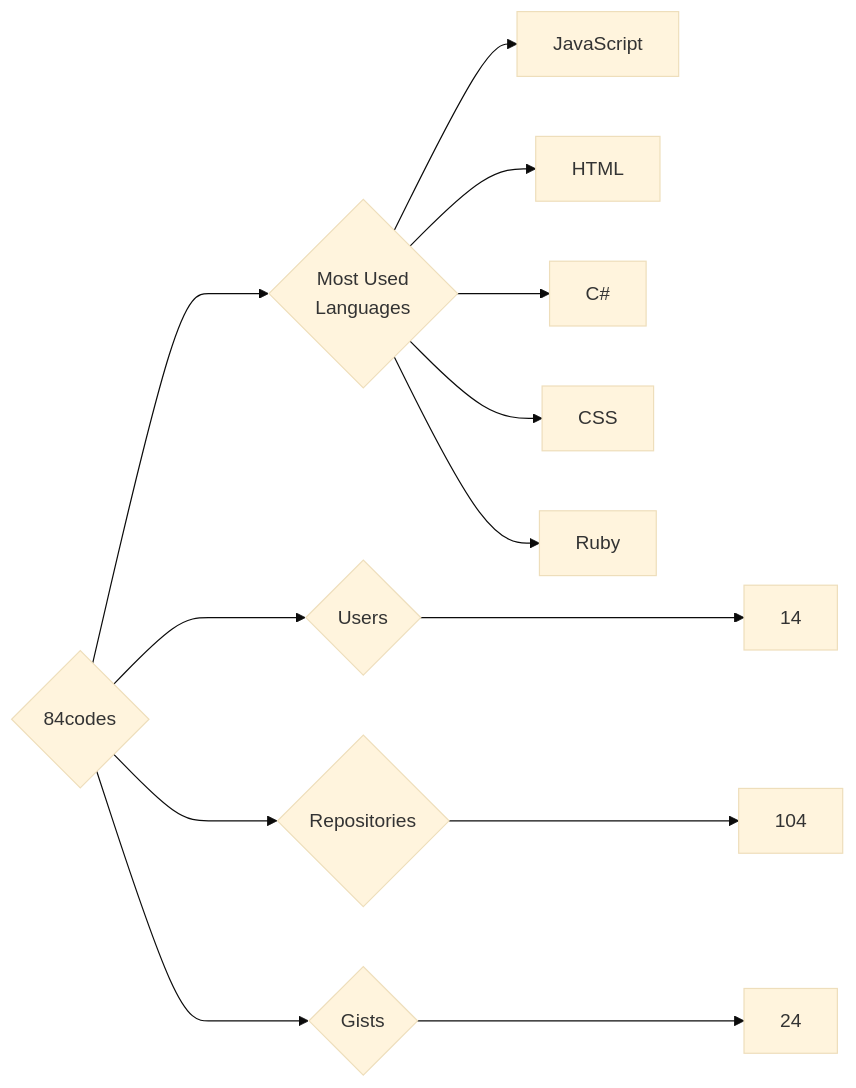
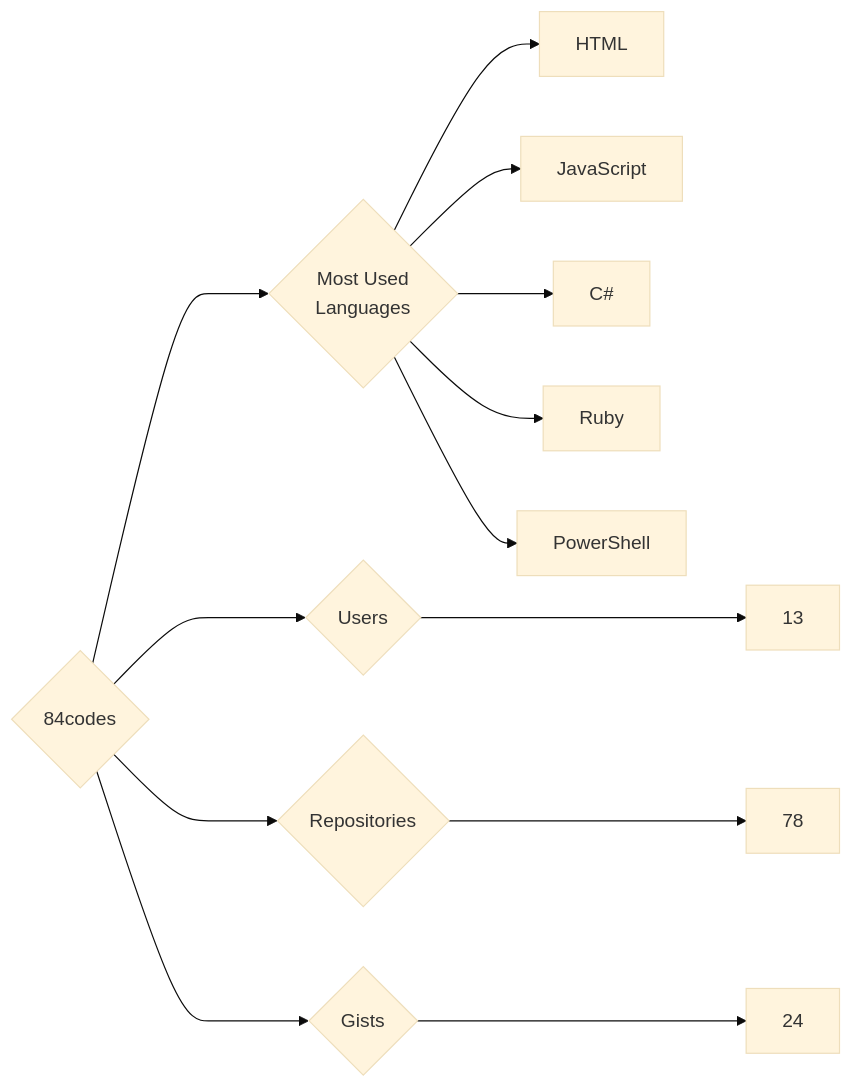
One commit to trickest/insiders changed the diagram in targets/84codes/README.md. Above: the diagram before and after it, drawn with Mermaid (base theme). The commit also changed 912 other files, not shown here.

````diff
--- a/targets/84codes/README.md
+++ b/targets/84codes/README.md
@@ -3,13 +3,13 @@
 ```mermaid
 graph LR
 COMPANY_NAME{84codes}
-COMPANY_NAME ---> U{Users} ---> UN[14]
-COMPANY_NAME ---> R{Repositories} ---> RN[104]
+COMPANY_NAME ---> U{Users} ---> UN[13]
+COMPANY_NAME ---> R{Repositories} ---> RN[78]
 COMPANY_NAME ---> G{Gists} ---> GN[24]
 COMPANY_NAME ---> ML{Most Used<br>Languages}
+ML --> HTML[HTML]
 ML --> JavaScript[JavaScript]
-ML --> HTML[HTML]
 ML --> C#[C#]
-ML --> CSS[CSS]
 ML --> Ruby[Ruby]
+ML --> PowerShell[PowerShell]
 ```
````
